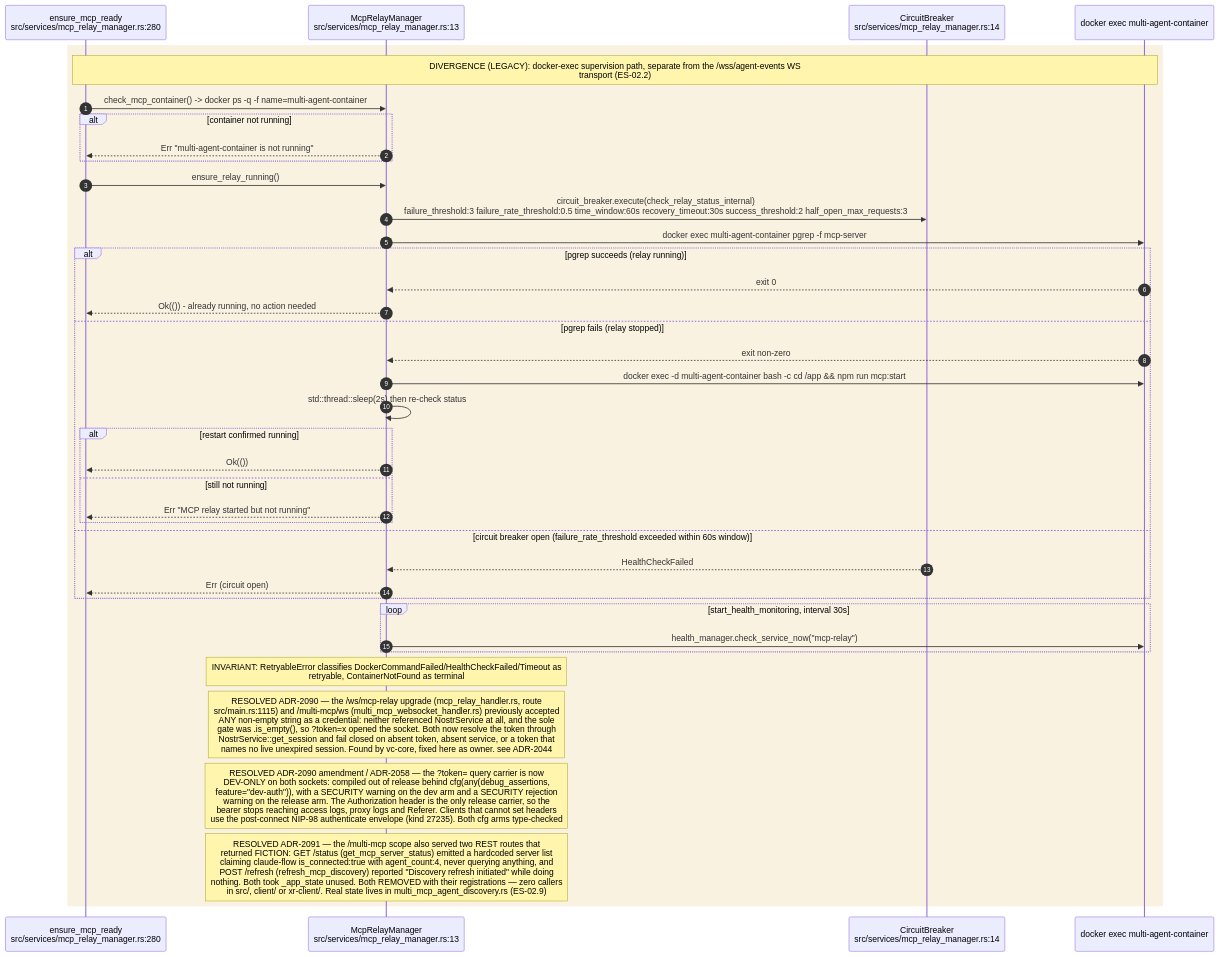
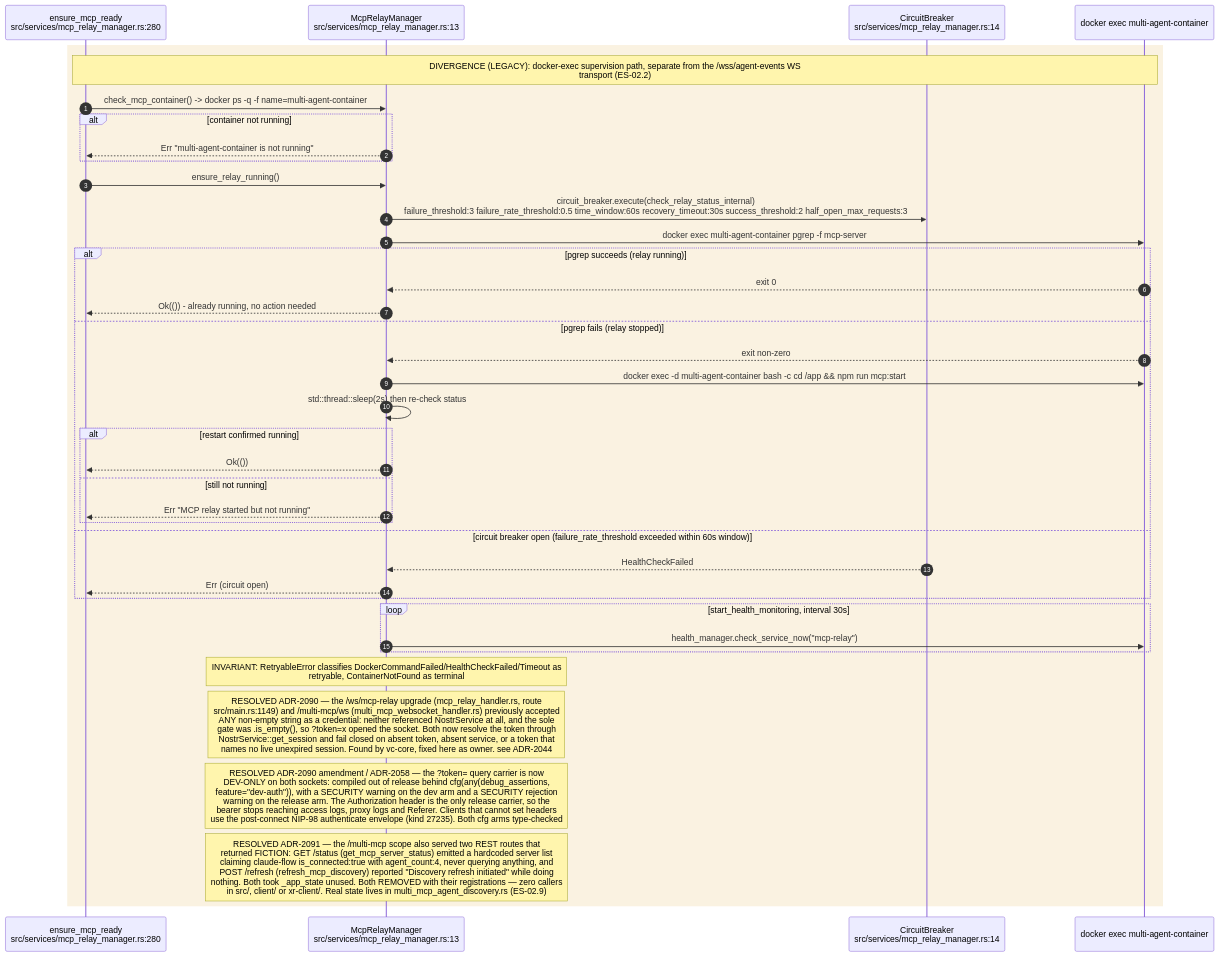
The seventh of 12 diagrams in docs/diagrams/estate/02-agent-events-agentbox-to-visionclaw.md (DreamLab-AI/VisionFlow), drawn with Mermaid before and after one commit. The commit also changed other lines of this file and 49 other files, not shown here.

First line of the commit message:
docs(diagrams): re-derive and re-stamp VisionClaw, estate, knowledge-graph, visionGraph, VisionFlow and sidestr topics

````diff
--- a/docs/diagrams/estate/02-agent-events-agentbox-to-visionclaw.md
+++ b/docs/diagrams/estate/02-agent-events-agentbox-to-visionclaw.md
@@ -347,42 +347,42 @@
 ```mermaid
 sequenceDiagram
     autonumber
     participant CALL as ensure_mcp_ready<br/>src/services/mcp_relay_manager.rs:280
     participant MGR as McpRelayManager<br/>src/services/mcp_relay_manager.rs:13
     participant CB as CircuitBreaker<br/>src/services/mcp_relay_manager.rs:14
     participant DOCKER as docker exec multi-agent-container
 
     rect rgb(250,242,225)
     Note over CALL,DOCKER: DIVERGENCE (LEGACY): docker-exec supervision path, separate from the /wss/agent-events WS<br/>transport (ES-02.2)
     CALL->>MGR: check_mcp_container() -> docker ps -q -f name=multi-agent-container
     alt container not running
         MGR-->>CALL: Err "multi-agent-container is not running"
     end
     CALL->>MGR: ensure_relay_running()
     MGR->>CB: circuit_breaker.execute(check_relay_status_internal)<br/>failure_threshold:3 failure_rate_threshold:0.5 time_window:60s recovery_timeout:30s success_threshold:2 half_open_max_requests:3
     MGR->>DOCKER: docker exec multi-agent-container pgrep -f mcp-server
     alt pgrep succeeds (relay running)
         DOCKER-->>MGR: exit 0
         MGR-->>CALL: Ok(()) - already running, no action needed
     else pgrep fails (relay stopped)
         DOCKER-->>MGR: exit non-zero
         MGR->>DOCKER: docker exec -d multi-agent-container bash -c cd /app && npm run mcp:start
         MGR->>MGR: std::thread::sleep(2s) then re-check status
         alt restart confirmed running
             MGR-->>CALL: Ok(())
         else still not running
             MGR-->>CALL: Err "MCP relay started but not running"
         end
     else circuit breaker open (failure_rate_threshold exceeded within 60s window)
         CB-->>MGR: HealthCheckFailed
         MGR-->>CALL: Err (circuit open)
     end
     loop start_health_monitoring, interval 30s
         MGR->>DOCKER: health_manager.check_service_now("mcp-relay")
     end
     Note over MGR: INVARIANT: RetryableError classifies DockerCommandFailed/HealthCheckFailed/Timeout as<br/>retryable, ContainerNotFound as terminal
-    Note over MGR: RESOLVED ADR-2090 — the /ws/mcp-relay upgrade (mcp_relay_handler.rs, route<br/>src/main.rs:1115) and /multi-mcp/ws (multi_mcp_websocket_handler.rs) previously accepted<br/>ANY non-empty string as a credential: neither referenced NostrService at all, and the sole<br/>gate was .is_empty(), so ?token=x opened the socket. Both now resolve the token through<br/>NostrService::get_session and fail closed on absent token, absent service, or a token that<br/>names no live unexpired session. Found by vc-core, fixed here as owner. see ADR-2044
+    Note over MGR: RESOLVED ADR-2090 — the /ws/mcp-relay upgrade (mcp_relay_handler.rs, route<br/>src/main.rs:1149) and /multi-mcp/ws (multi_mcp_websocket_handler.rs) previously accepted<br/>ANY non-empty string as a credential: neither referenced NostrService at all, and the sole<br/>gate was .is_empty(), so ?token=x opened the socket. Both now resolve the token through<br/>NostrService::get_session and fail closed on absent token, absent service, or a token that<br/>names no live unexpired session. Found by vc-core, fixed here as owner. see ADR-2044
     Note over MGR: RESOLVED ADR-2090 amendment / ADR-2058 — the ?token= query carrier is now<br/>DEV-ONLY on both sockets: compiled out of release behind cfg(any(debug_assertions,<br/>feature="dev-auth")), with a SECURITY warning on the dev arm and a SECURITY rejection<br/>warning on the release arm. The Authorization header is the only release carrier, so the<br/>bearer stops reaching access logs, proxy logs and Referer. Clients that cannot set headers<br/>use the post-connect NIP-98 authenticate envelope (kind 27235). Both cfg arms type-checked
     Note over MGR: RESOLVED ADR-2091 — the /multi-mcp scope also served two REST routes that<br/>returned FICTION: GET /status (get_mcp_server_status) emitted a hardcoded server list<br/>claiming claude-flow is_connected:true with agent_count:4, never querying anything, and<br/>POST /refresh (refresh_mcp_discovery) reported "Discovery refresh initiated" while doing<br/>nothing. Both took _app_state unused. Both REMOVED with their registrations — zero callers<br/>in src/, client/ or xr-client/. Real state lives in multi_mcp_agent_discovery.rs (ES-02.9)
     end
 ```
````
